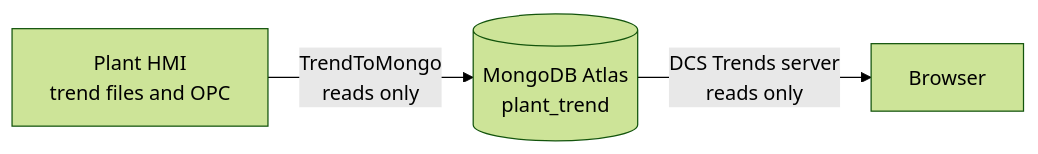
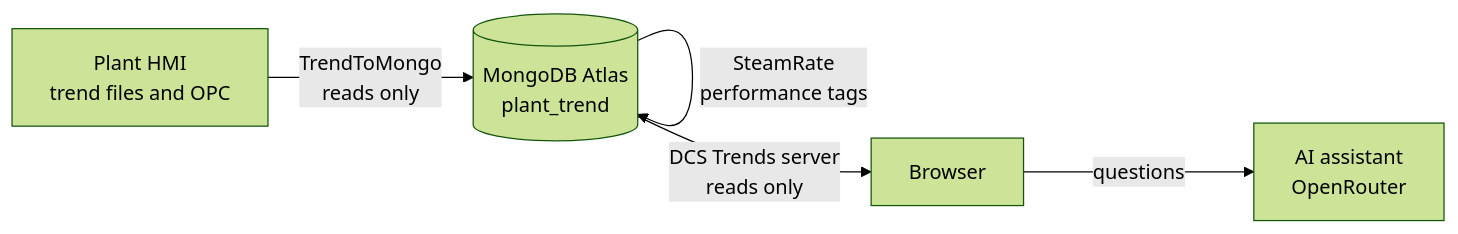
Before and after one commit to toolm8558-ai/DCS.github.io: the diagram in README.md, drawn with Mermaid (forest theme). The commit also changed other lines of this file and 6 other files, not shown here.

First line of the commit message:
Add SteamRate source and bring the README up to date

````diff
--- a/README.md
+++ b/README.md
@@ -23,5 +27,7 @@
 ```mermaid
 flowchart LR
     A[Plant HMI<br>trend files and OPC] -->|TrendToMongo<br>reads only| B[(MongoDB Atlas<br>plant_trend)]
+    B -->|SteamRate<br>performance tags| B
     B -->|DCS Trends server<br>reads only| C[Browser]
+    C -->|questions| D[AI assistant<br>OpenRouter]
 ```
````
